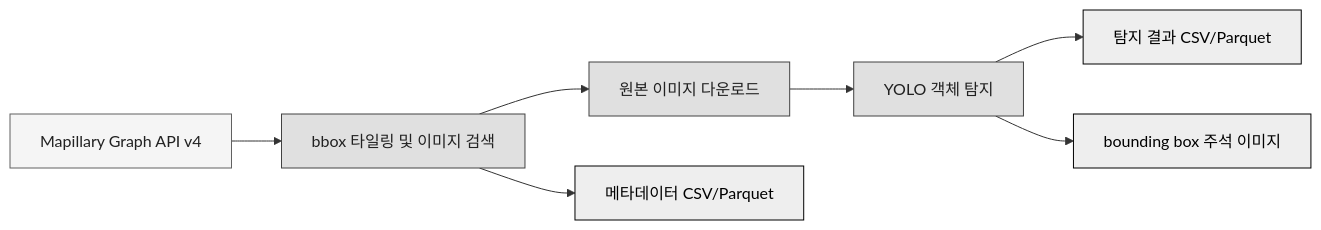
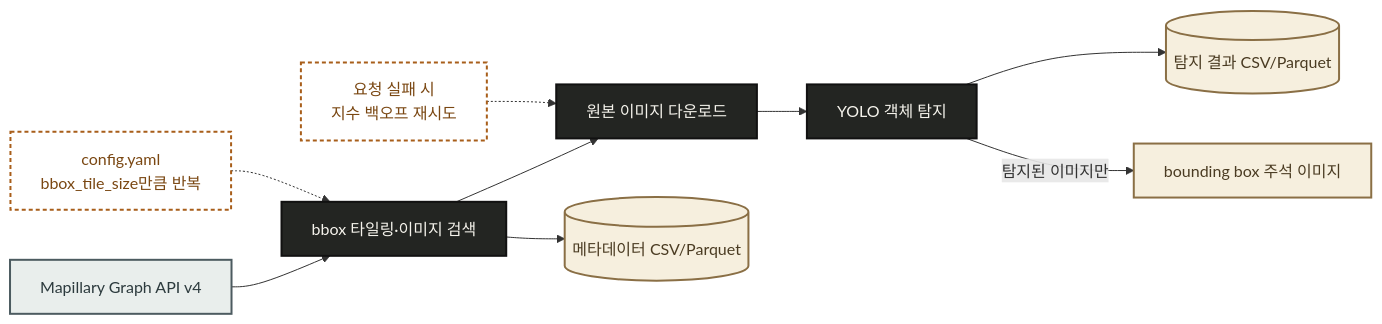
One commit to ditto-404/korea-street-imagery-yolo changed the first of 2 diagrams in README.md. Above: the diagram before and after it, drawn with Mermaid. The commit also changed other lines of this file, not shown here.

Commit message:
docs: fix Korean title and add detailed mermaid workflow diagram

````diff
--- a/README.md
+++ b/README.md
@@ -25,14 +25,19 @@
 ```mermaid
 flowchart LR
-    A[Mapillary Graph API v4]:::input --> B[bbox 타일링 및 이미지 검색]:::process
-    B --> C[원본 이미지 다운로드]:::process
-    B --> D[메타데이터 CSV/Parquet]:::output
-    C --> E[YOLO 객체 탐지]:::process
-    E --> F[탐지 결과 CSV/Parquet]:::output
-    E --> G[bounding box 주석 이미지]:::output
+    accTitle: Street Imagery Detection Pipeline In Detail
+    accDescr: Mapillary API에서 config.yaml의 타일 크기만큼 반복해 이미지를 검색·다운로드(실패 시 지수 백오프 재시도)하고, YOLO로 객체를 탐지해 메타데이터·탐지 결과 CSV와 탐지된 이미지에 한한 주석 이미지를 만드는 흐름을 보여준다.
 
-    classDef input fill:#F5F5F5,stroke:#616161,color:#212121
-    classDef process fill:#E0E0E0,stroke:#424242,color:#212121
-    classDef output fill:#EEEEEE,stroke:#000000,color:#000000
-    classDef pending fill:#BDBDBD,stroke:#212121,color:#212121,stroke-dasharray: 4 2
+    mapillary_api["Mapillary Graph API v4"]:::input_style --> search_tiles["bbox 타일링·이미지 검색"]:::process_style
+    tile_loop["config.yaml<br/>bbox_tile_size만큼 반복"]:::aux_style -.-> search_tiles
+    search_tiles --> download_images["원본 이미지 다운로드"]:::process_style
+    retry_note["요청 실패 시<br/>지수 백오프 재시도"]:::aux_style -.-> download_images
+    search_tiles --> save_metadata[("메타데이터 CSV/Parquet")]:::output_style
+    download_images --> detect_objects["YOLO 객체 탐지"]:::process_style
+    detect_objects --> save_detections[("탐지 결과 CSV/Parquet")]:::output_style
+    detect_objects -->|"탐지된 이미지만"| save_annotated["bounding box 주석 이미지"]:::output_style
+
+    classDef input_style fill:#e9eeec,stroke:#4c5b60,stroke-width:2px,color:#2c3a3d
+    classDef process_style fill:#232522,stroke:#111111,stroke-width:2px,color:#f5f3ec
+    classDef output_style fill:#f6efde,stroke:#8a6f45,stroke-width:2px,color:#4a3b22
+    classDef aux_style fill:none,stroke:#a85e1a,stroke-width:2px,stroke-dasharray:4 3,color:#7a4712
 ```
````
